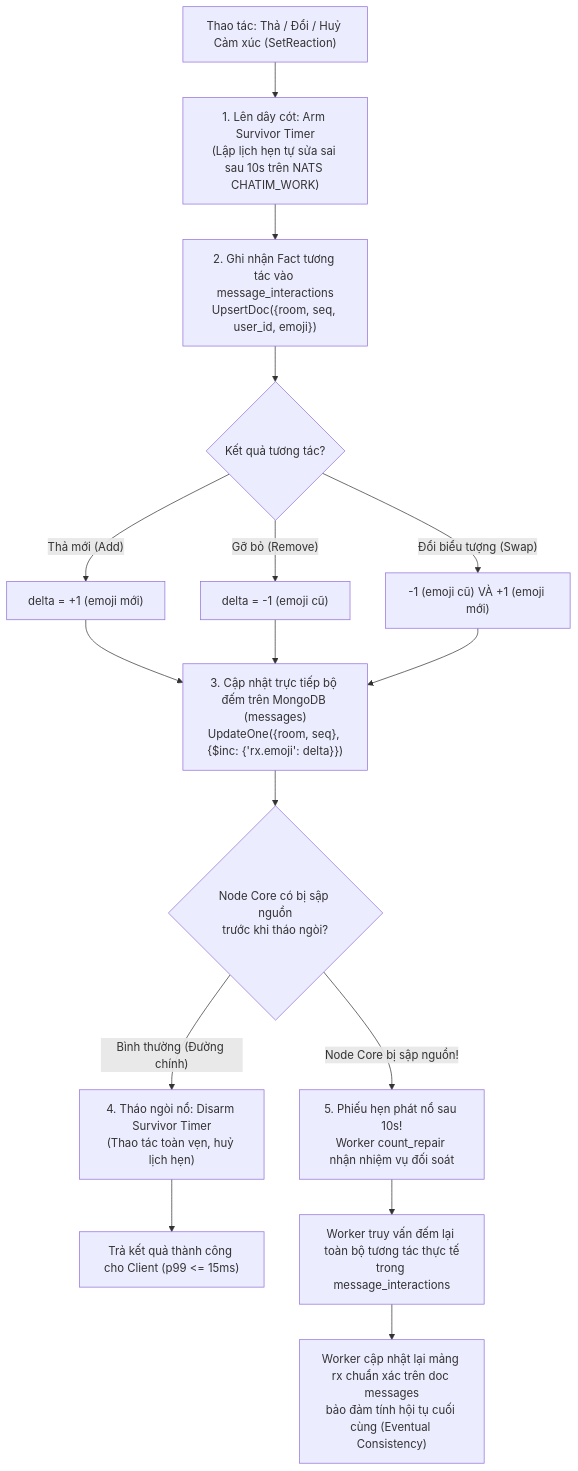
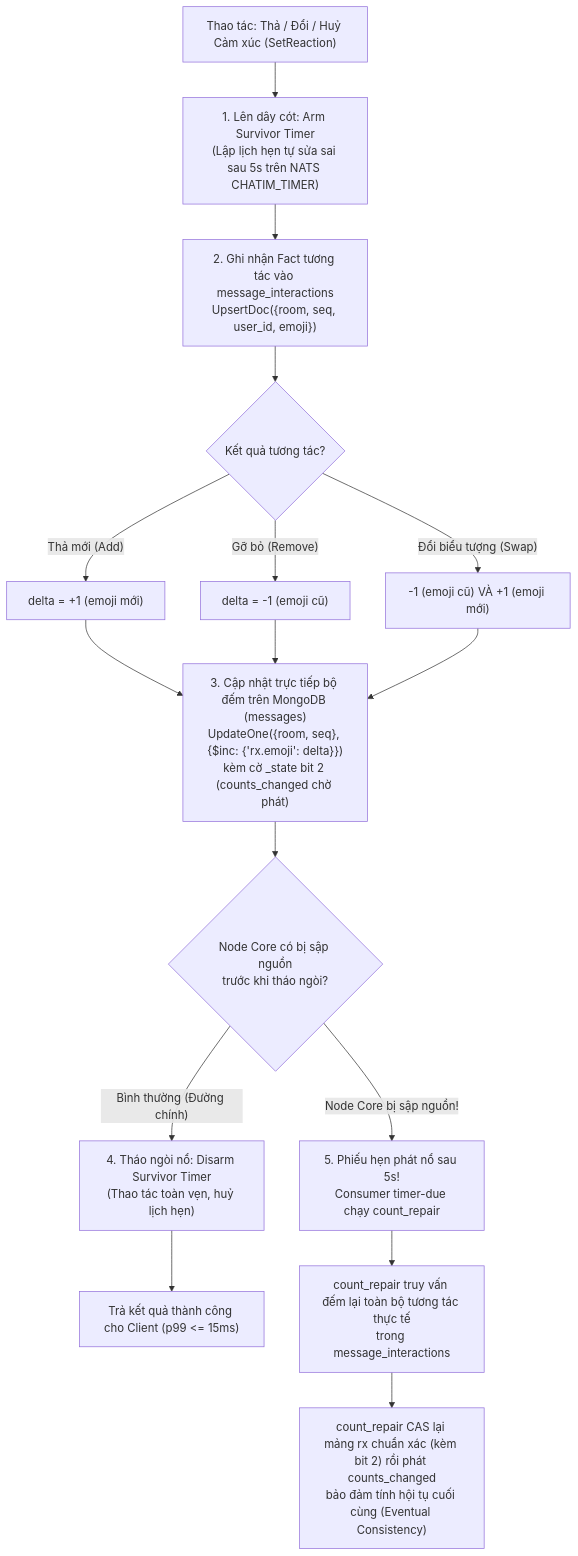
One commit to ivannguyendev/chatim changed the first of 3 diagrams in docs/modules/04-feature-reactions-pins-and-bookmarks.md. Above: the diagram before and after it, drawn with Mermaid. The commit also changed other lines of this file and 16 other files, not shown here.

````diff
--- a/docs/modules/04-feature-reactions-pins-and-bookmarks.md
+++ b/docs/modules/04-feature-reactions-pins-and-bookmarks.md
@@ -25,24 +25,24 @@
 ```mermaid
 flowchart TD
-    Req["Thao tác: Thả / Đổi / Huỷ Cảm xúc (SetReaction)"] --> ArmTimer["1. Lên dây cót: Arm Survivor Timer<br/>(Lập lịch hẹn tự sửa sai sau 10s trên NATS CHATIM_WORK)"]
+    Req["Thao tác: Thả / Đổi / Huỷ Cảm xúc (SetReaction)"] --> ArmTimer["1. Lên dây cót: Arm Survivor Timer<br/>(Lập lịch hẹn tự sửa sai sau 5s trên NATS CHATIM_TIMER)"]
 
     ArmTimer --> UpsertInter["2. Ghi nhận Fact tương tác vào message_interactions<br/>UpsertDoc({room, seq, user_id, emoji})"]
     UpsertInter --> CalcDelta{"Kết quả tương tác?"}
 
     CalcDelta -- "Thả mới (Add)" --> Inc["delta = +1 (emoji mới)"]
     CalcDelta -- "Gỡ bỏ (Remove)" --> Dec["delta = -1 (emoji cũ)"]
     CalcDelta -- "Đổi biểu tượng (Swap)" --> Swap["-1 (emoji cũ) VÀ +1 (emoji mới)"]
 
-    Inc --> UpdateMsg["3. Cập nhật trực tiếp bộ đếm trên MongoDB (messages)<br/>UpdateOne({room, seq}, {$inc: {'rx.emoji': delta}})"]
+    Inc --> UpdateMsg["3. Cập nhật trực tiếp bộ đếm trên MongoDB (messages)<br/>UpdateOne({room, seq}, {$inc: {'rx.emoji': delta}})<br/>kèm cờ _state bit 2 (counts_changed chờ phát)"]
     Dec --> UpdateMsg
     Swap --> UpdateMsg
 
     UpdateMsg --> CheckCrash{"Node Core có bị sập nguồn<br/>trước khi tháo ngòi?"}
 
     CheckCrash -- "Bình thường (Đường chính)" --> Disarm["4. Tháo ngòi nổ: Disarm Survivor Timer<br/>(Thao tác toàn vẹn, huỷ lịch hẹn)"]
     Disarm --> ReturnSuccess["Trả kết quả thành công cho Client (p99 <= 15ms)"]
 
-    CheckCrash -- "Node Core bị sập nguồn!" --> TimerFires["5. Phiếu hẹn phát nổ sau 10s!<br/>Worker count_repair nhận nhiệm vụ đối soát"]
-    TimerFires --> Recount["Worker truy vấn đếm lại toàn bộ tương tác thực tế<br/>trong message_interactions"]
-    Recount --> CASFix["Worker cập nhật lại mảng rx chuẩn xác trên doc messages<br/>bảo đảm tính hội tụ cuối cùng (Eventual Consistency)"]
+    CheckCrash -- "Node Core bị sập nguồn!" --> TimerFires["5. Phiếu hẹn phát nổ sau 5s!<br/>Consumer timer-due chạy count_repair"]
+    TimerFires --> Recount["count_repair truy vấn đếm lại toàn bộ tương tác thực tế<br/>trong message_interactions"]
+    Recount --> CASFix["count_repair CAS lại mảng rx chuẩn xác (kèm bit 2) rồi phát counts_changed<br/>bảo đảm tính hội tụ cuối cùng (Eventual Consistency)"]
 ```
````
